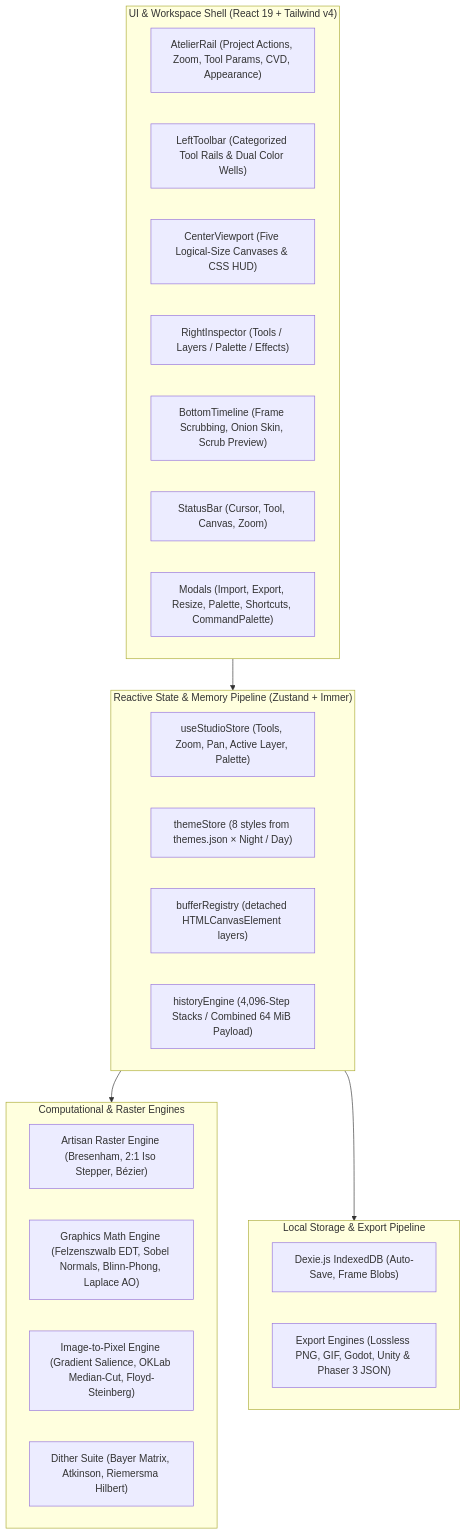
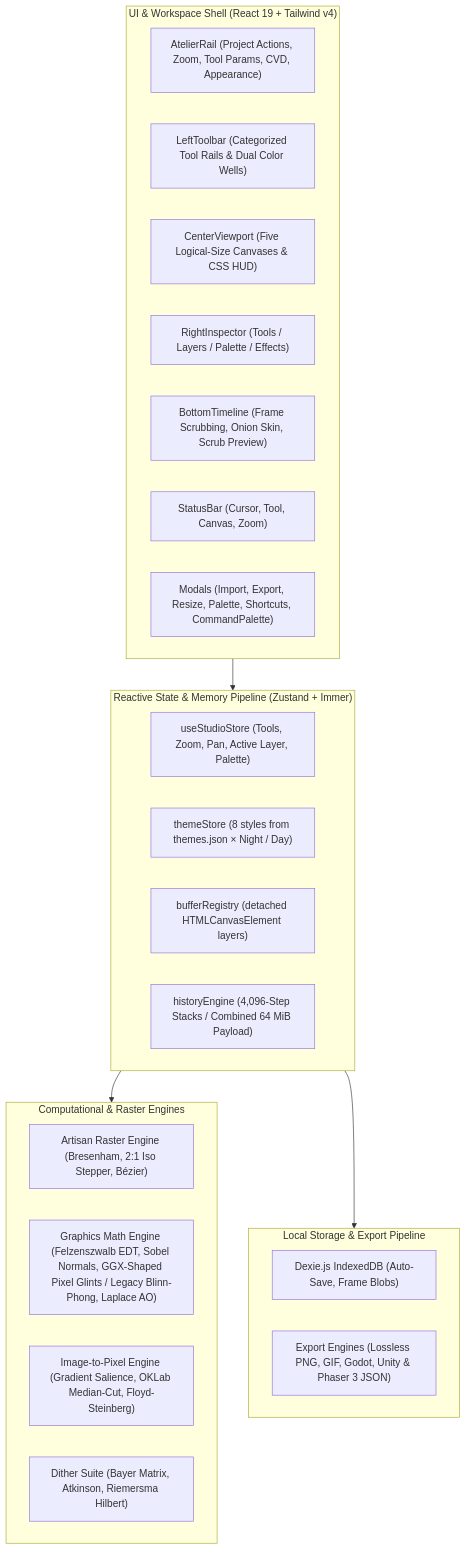
One commit to lxcario/PixiBun changed the first of 6 diagrams in ARCHITECTURE.md. Above: the diagram before and after it, drawn with Mermaid. The commit also changed other lines of this file and 13 other files, not shown here.

````diff
--- a/ARCHITECTURE.md
+++ b/ARCHITECTURE.md
@@ -133,35 +133,35 @@
 ```mermaid
 graph TD
     subgraph UI_Layer [" UI & Workspace Shell (React 19 + Tailwind v4)"]
         AtelierRail["AtelierRail (Project Actions, Zoom, Tool Params, CVD, Appearance)"]
         LeftRail["LeftToolbar (Categorized Tool Rails & Dual Color Wells)"]
         ViewportShell["CenterViewport (Five Logical-Size Canvases & CSS HUD)"]
         RightStudio["RightInspector (Tools / Layers / Palette / Effects)"]
         TimelineDock["BottomTimeline (Frame Scrubbing, Onion Skin, Scrub Preview)"]
         StatusBar["StatusBar (Cursor, Tool, Canvas, Zoom)"]
         Modals["Modals (Import, Export, Resize, Palette, Shortcuts, CommandPalette)"]
     end
 
     subgraph State_Layer [" Reactive State & Memory Pipeline (Zustand + Immer)"]
         Store["useStudioStore (Tools, Zoom, Pan, Active Layer, Palette)"]
         Theme["themeStore (8 styles from themes.json × Night / Day)"]
         BufferReg["bufferRegistry (detached HTMLCanvasElement layers)"]
         UndoRedo["historyEngine (4,096-Step Stacks / Combined 64 MiB Payload)"]
     end
 
     subgraph Core_Engines ["Computational & Raster Engines"]
         RasterCore["Artisan Raster Engine (Bresenham, 2:1 Iso Stepper, Bézier)"]
-        MathCore["Graphics Math Engine (Felzenszwalb EDT, Sobel Normals, Blinn-Phong, Laplace AO)"]
+        MathCore["Graphics Math Engine (Felzenszwalb EDT, Sobel Normals, GGX-Shaped Pixel Glints / Legacy Blinn-Phong, Laplace AO)"]
         PixelizeCore["Image-to-Pixel Engine (Gradient Salience, OKLab Median-Cut, Floyd-Steinberg)"]
         DitherCore["Dither Suite (Bayer Matrix, Atkinson, Riemersma Hilbert)"]
     end
 
     subgraph Storage_Layer [" Local Storage & Export Pipeline"]
         DexieDB["Dexie.js IndexedDB (Auto-Save, Frame Blobs)"]
         Exporter["Export Engines (Lossless PNG, GIF, Godot, Unity & Phaser 3 JSON)"]
     end
 
     UI_Layer --> State_Layer
     State_Layer --> Core_Engines
     State_Layer --> Storage_Layer
 ```
````
